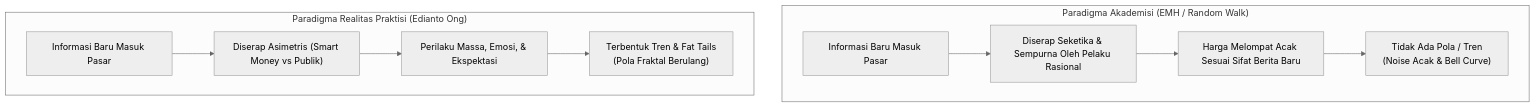
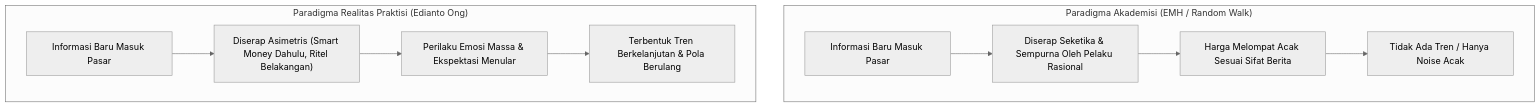
Before and after one commit to AlulCode45/Trading-Learning-Path: the second of 3 diagrams in docs/edianto-ong/26-random-walk-theory.md, drawn with Mermaid (neutral theme). The commit also changed other lines of this file and 29 other files, not shown here.

Commit message:
docs(edianto-ong): upgrade all 29 chapters with beginner analogies, diagrams, step-by-step guides, and case studies

````diff
--- a/docs/edianto-ong/26-random-walk-theory.md
+++ b/docs/edianto-ong/26-random-walk-theory.md
@@ -18,14 +49,14 @@
 ```mermaid
 flowchart TD
     subgraph EMH_Academic["Paradigma Akademisi (EMH / Random Walk)"]
         Info["Informasi Baru Masuk Pasar"] --> InstantDiscount["Diserap Seketika & Sempurna Oleh Pelaku Rasional"]
-        InstantDiscount --> RandomJump["Harga Melompat Acak Sesuai Sifat Berita Baru"]
-        RandomJump --> NoPattern["Tidak Ada Pola / Tren<br/>(Noise Acak & Bell Curve)"]
+        InstantDiscount --> RandomJump["Harga Melompat Acak Sesuai Sifat Berita"]
+        RandomJump --> NoPattern["Tidak Ada Tren / Hanya Noise Acak"]
     end
 
     subgraph RealWorld_Practitioner["Paradigma Realitas Praktisi (Edianto Ong)"]
-        InfoReal["Informasi Baru Masuk Pasar"] --> AsymmetricAbsorption["Diserap Asimetris (Smart Money vs Publik)"]
-        AsymmetricAbsorption --> HerdBehavior["Perilaku Massa, Emosi, & Ekspektasi"]
-        HerdBehavior --> TrendClustering["Terbentuk Tren & Fat Tails<br/>(Pola Fraktal Berulang)"]
+        InfoReal["Informasi Baru Masuk Pasar"] --> AsymmetricAbsorption["Diserap Asimetris (Smart Money Dahulu, Ritel Belakangan)"]
+        AsymmetricAbsorption --> HerdBehavior["Perilaku Emosi Massa & Ekspektasi Menular"]
+        HerdBehavior --> TrendClustering["Terbentuk Tren Berkelanjutan & Pola Berulang"]
     end
 ```
````
